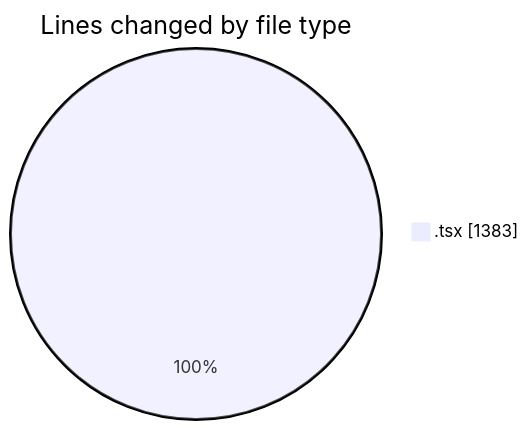
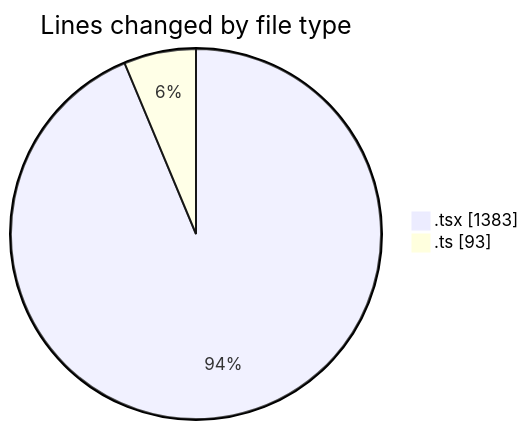
One commit to nxtqubesakshisongat/code-tracking changed the first of 2 diagrams in 2026-02-04/nxtqube_webapp/README.md. Above: the diagram before and after it, drawn with Mermaid. The commit also changed other lines of this file and 1 other file, not shown here.

````diff
--- a/2026-02-04/nxtqube_webapp/README.md
+++ b/2026-02-04/nxtqube_webapp/README.md
@@ -20,5 +21,6 @@
 ```mermaid
 pie showData
 title Lines changed by file type
 ".tsx" : 1383
+".ts" : 93
 ```
````
